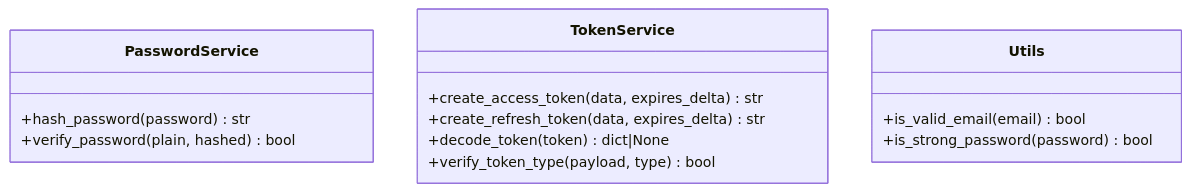
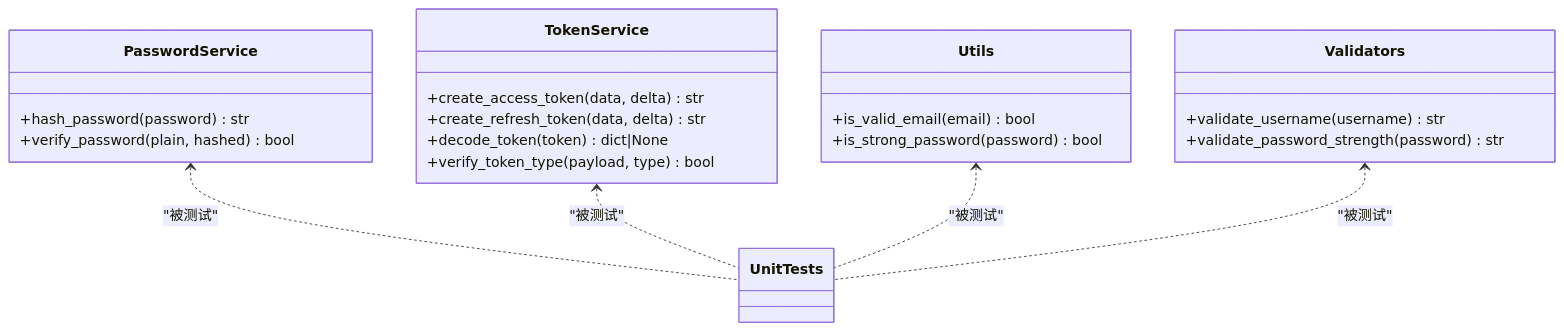
One commit to taoweidong/Hello-FastApi changed the third of 5 diagrams in .qoder/repowiki/zh/content/测试策略/测试策略.md. Above: the diagram before and after it, drawn with Mermaid. The commit also changed other lines of this file and 119 other files, not shown here.

````diff
--- a/.qoder/repowiki/zh/content/测试策略/测试策略.md
+++ b/.qoder/repowiki/zh/content/测试策略/测试策略.md
@@ -159,17 +142,25 @@
 ```mermaid
 classDiagram
 class PasswordService {
 +hash_password(password) str
 +verify_password(plain, hashed) bool
 }
 class TokenService {
-+create_access_token(data, expires_delta) str
-+create_refresh_token(data, expires_delta) str
++create_access_token(data, delta) str
++create_refresh_token(data, delta) str
 +decode_token(token) dict|None
 +verify_token_type(payload, type) bool
 }
 class Utils {
 +is_valid_email(email) bool
 +is_strong_password(password) bool
 }
+class Validators {
++validate_username(username) str
++validate_password_strength(password) str
+}
+PasswordService <.. UnitTests : "被测试"
+TokenService <.. UnitTests : "被测试"
+Utils <.. UnitTests : "被测试"
+Validators <.. UnitTests : "被测试"
 ```
````
